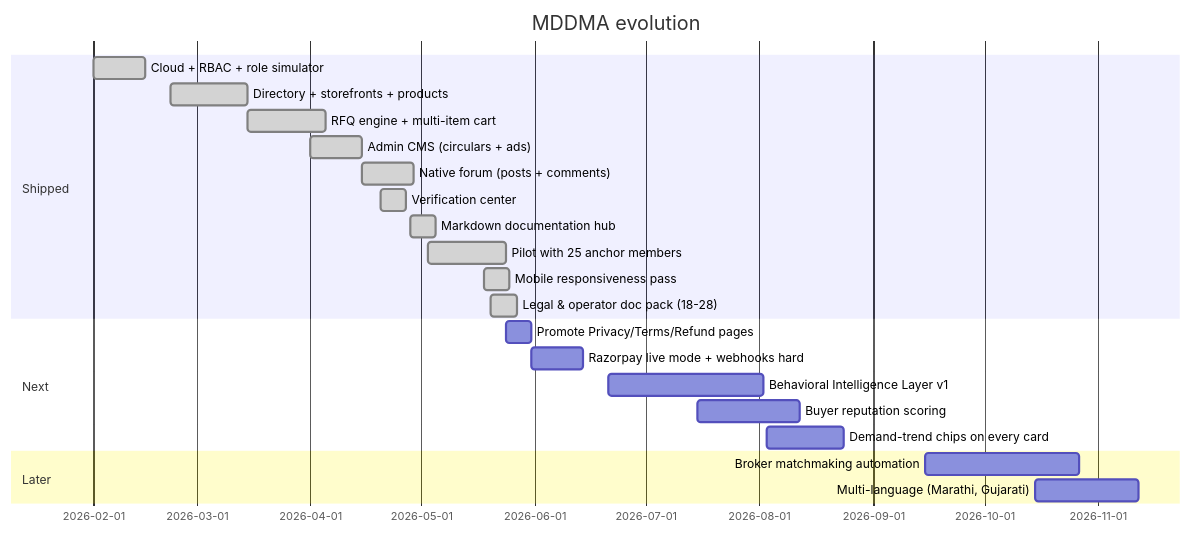
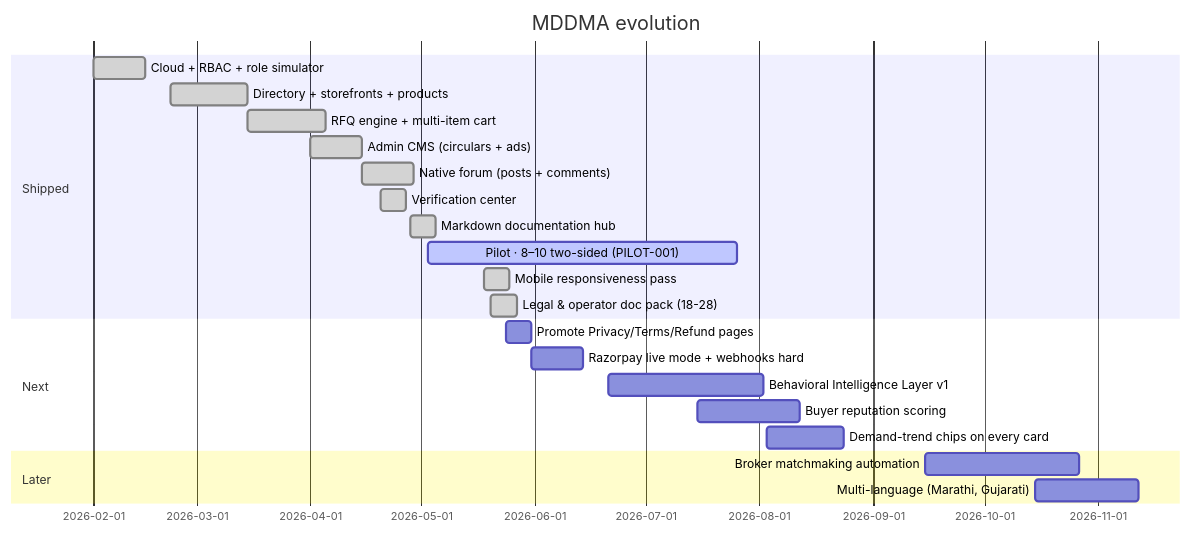
Before and after one commit to arka97/mddma-test: the second of 2 diagrams in src/content/docs/06-build-and-operations.md, drawn with Mermaid. The commit also changed 7 other files, not shown here.

````diff
--- a/src/content/docs/06-build-and-operations.md
+++ b/src/content/docs/06-build-and-operations.md
@@ -87,25 +87,25 @@
 ```mermaid
 gantt
   title MDDMA evolution
   dateFormat YYYY-MM-DD
   section Shipped
   Cloud + RBAC + role simulator      :done, 2026-02-01, 2w
   Directory + storefronts + products :done, 2026-02-22, 3w
   RFQ engine + multi-item cart       :done, 2026-03-15, 3w
   Admin CMS (circulars + ads)        :done, 2026-04-01, 2w
   Native forum (posts + comments)    :done, 2026-04-15, 2w
   Verification center                :done, 2026-04-20, 1w
   Markdown documentation hub         :done, 2026-04-28, 1w
-  Pilot with 25 anchor members       :done, 2026-05-03, 3w
+  Pilot · 8–10 two-sided (PILOT-001) :active, 2026-05-03, 12w
   Mobile responsiveness pass         :done, 2026-05-18, 1w
   Legal & operator doc pack (18-28)  :done, 2026-05-20, 1w
   section Next
   Promote Privacy/Terms/Refund pages :2026-05-24, 1w
   Razorpay live mode + webhooks hard :2026-05-31, 2w
   Behavioral Intelligence Layer v1   :2026-06-21, 6w
   Buyer reputation scoring           :2026-07-15, 4w
   Demand-trend chips on every card   :2026-08-03, 3w
   section Later
   Broker matchmaking automation      :2026-09-15, 6w
   Multi-language (Marathi, Gujarati) :2026-10-15, 4w
 ```
````
